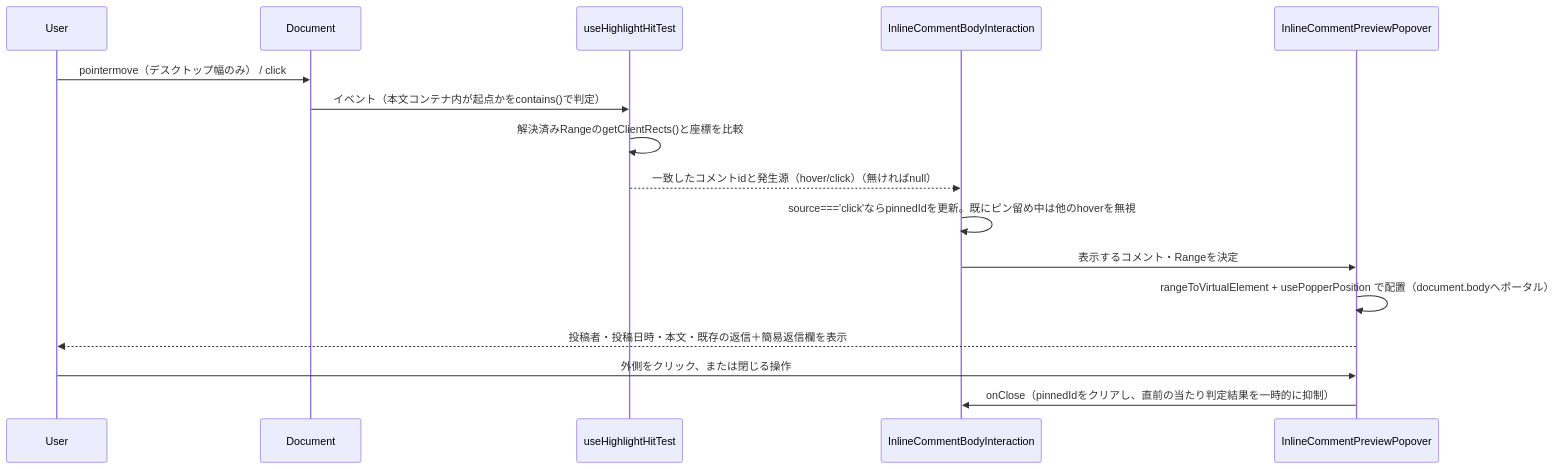
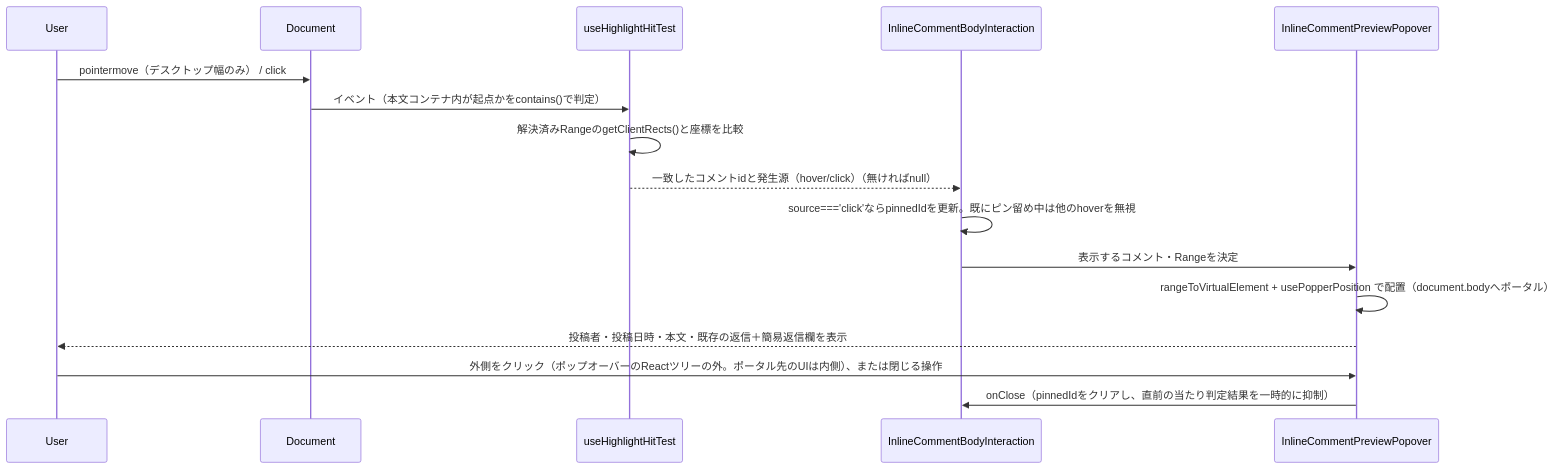
Before and after one commit to growilabs/growi: the fourth of 6 diagrams in .kiro/specs/inline-comment/design.md, drawn with Mermaid. The commit also changed other lines of this file and 3 other files, not shown here.

````diff
--- a/.kiro/specs/inline-comment/design.md
+++ b/.kiro/specs/inline-comment/design.md
@@ -372,19 +373,19 @@
 ```mermaid
 sequenceDiagram
     participant User
     participant Document
     participant HitTest as useHighlightHitTest
     participant Body as InlineCommentBodyInteraction
     participant Popover as InlineCommentPreviewPopover
 
     User->>Document: pointermove（デスクトップ幅のみ） / click
     Document->>HitTest: イベント（本文コンテナ内が起点かをcontains()で判定）
     HitTest->>HitTest: 解決済みRangeのgetClientRects()と座標を比較
     HitTest-->>Body: 一致したコメントidと発生源（hover/click）（無ければnull）
     Body->>Body: source==='click'ならpinnedIdを更新。既にピン留め中は他のhoverを無視
     Body->>Popover: 表示するコメント・Rangeを決定
     Popover->>Popover: rangeToVirtualElement + usePopperPosition で配置（document.bodyへポータル）
     Popover-->>User: 投稿者・投稿日時・本文・既存の返信＋簡易返信欄を表示
-    User->>Popover: 外側をクリック、または閉じる操作
+    User->>Popover: 外側をクリック（ポップオーバーのReactツリーの外。ポータル先のUIは内側）、または閉じる操作
     Popover->>Body: onClose（pinnedIdをクリアし、直前の当たり判定結果を一時的に抑制）
 ```
````
